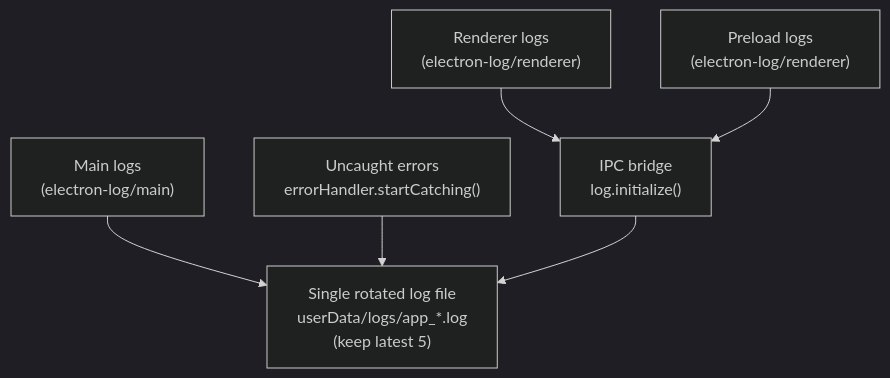
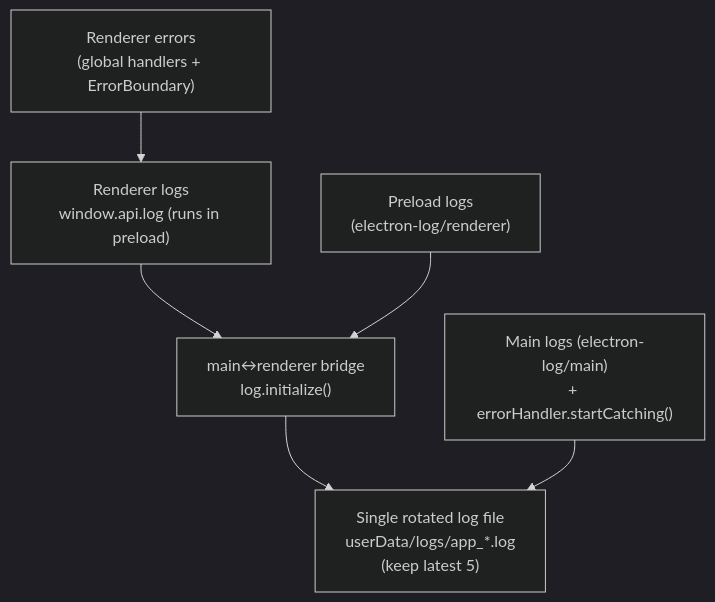
Before and after one commit to sandeep-menon/windows-electron-starter-kit: the second of 2 diagrams in README.md, drawn with Mermaid (dark theme). The commit also changed other lines of this file and 14 other files, not shown here.

Commit message:
adding error boundary, UI/UX updates

````diff
--- a/README.md
+++ b/README.md
@@ -204,8 +241,9 @@
 ```mermaid
 flowchart TD
-    R["Renderer logs<br/>(electron-log/renderer)"] --> B["IPC bridge<br/>log.initialize()"]
+    RE["Renderer errors<br/>(global handlers + ErrorBoundary)"] --> RL
+    RL["Renderer logs<br/>window.api.log (runs in preload)"] --> B
     P["Preload logs<br/>(electron-log/renderer)"] --> B
-    M["Main logs<br/>(electron-log/main)"] --> F
-    E["Uncaught errors<br/>errorHandler.startCatching()"] --> F
-    B --> F["Single rotated log file<br/>userData/logs/app_*.log<br/>(keep latest 5)"]
+    B["main↔renderer bridge<br/>log.initialize()"] --> F
+    M["Main logs (electron-log/main)<br/>+ errorHandler.startCatching()"] --> F
+    F["Single rotated log file<br/>userData/logs/app_*.log<br/>(keep latest 5)"]
 ```
````
